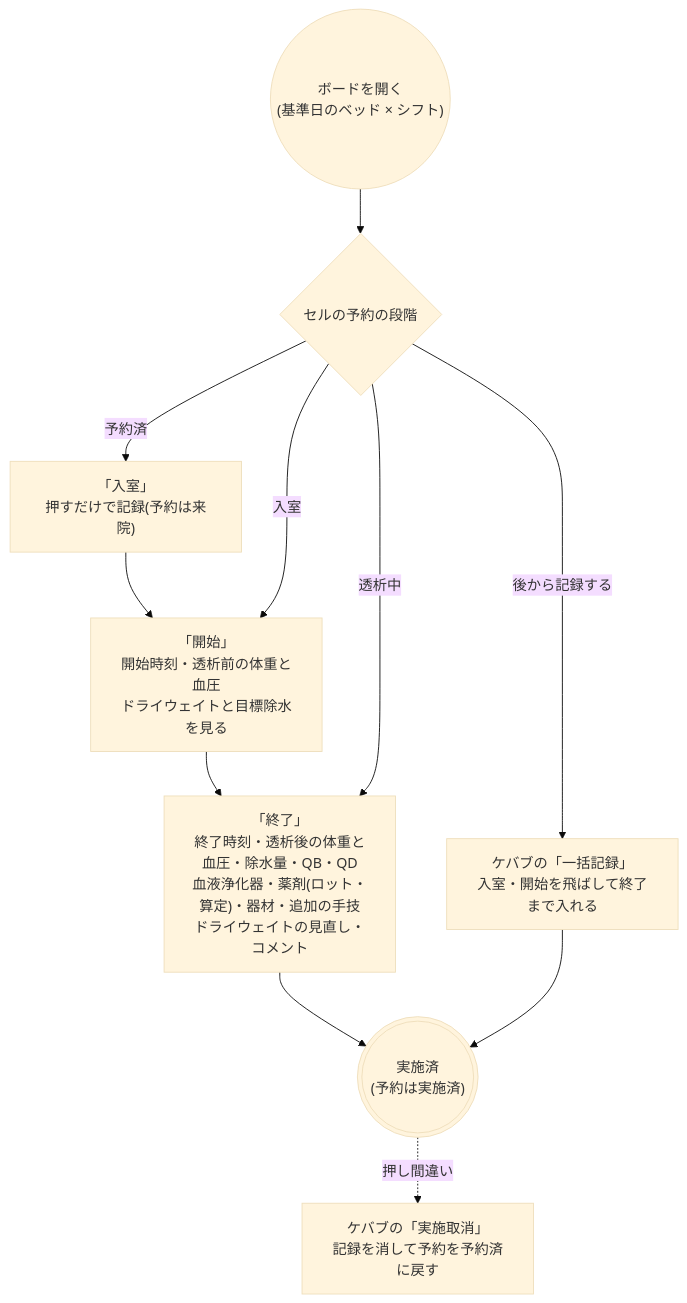
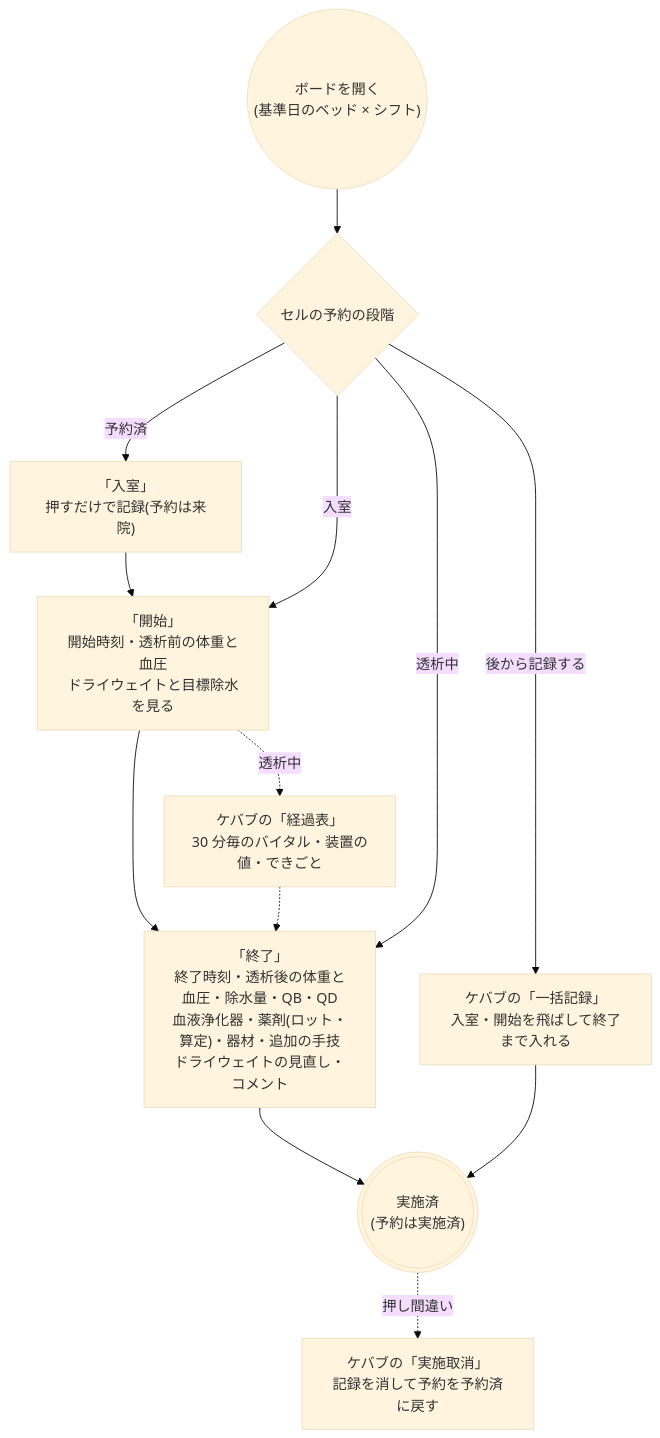
One commit to ysnr-dev/fhir-client changed the second of 3 diagrams in docs/order-flows/dialysis.md. Above: the diagram before and after it, drawn with Mermaid (base theme). The commit also changed other lines of this file and 3 other files, not shown here.

````diff
--- a/docs/order-flows/dialysis.md
+++ b/docs/order-flows/dialysis.md
@@ -82,18 +83,20 @@
 ```mermaid
 flowchart TD
   board(("ボードを開く<br/>(基準日のベッド × シフト)"))
   cell{"セルの予約の段階"}
   arrive["「入室」<br/>押すだけで記録(予約は来院)"]
   start["「開始」<br/>開始時刻・透析前の体重と血圧<br/>ドライウェイトと目標除水を見る"]
+  chart["ケバブの「経過表」<br/>30 分毎のバイタル・装置の値・できごと"]
   finish["「終了」<br/>終了時刻・透析後の体重と血圧・除水量・QB・QD<br/>血液浄化器・薬剤(ロット・算定)・器材・追加の手技<br/>ドライウェイトの見直し・コメント"]
   late["ケバブの「一括記録」<br/>入室・開始を飛ばして終了まで入れる"]
   done((("実施済<br/>(予約は実施済)")))
   undo["ケバブの「実施取消」<br/>記録を消して予約を予約済に戻す"]
 
   board --> cell
   cell -- "予約済" --> arrive --> start --> finish --> done
+  start -. "透析中" .-> chart -.-> finish
   cell -- "入室" --> start
   cell -- "透析中" --> finish
   cell -- "後から記録する" --> late --> done
   done -. "押し間違い" .-> undo
 ```
````
